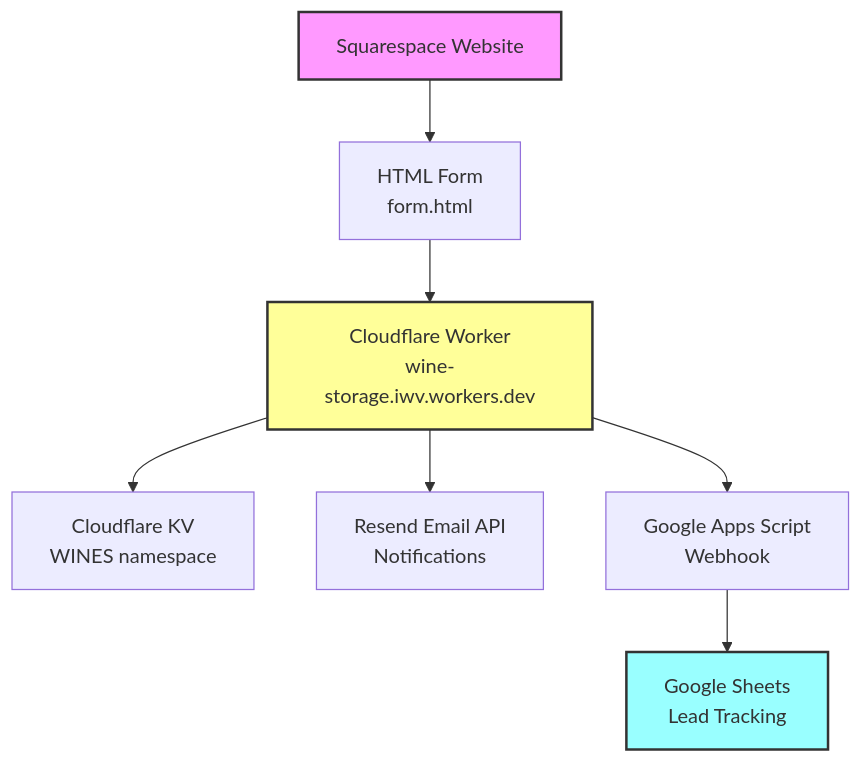
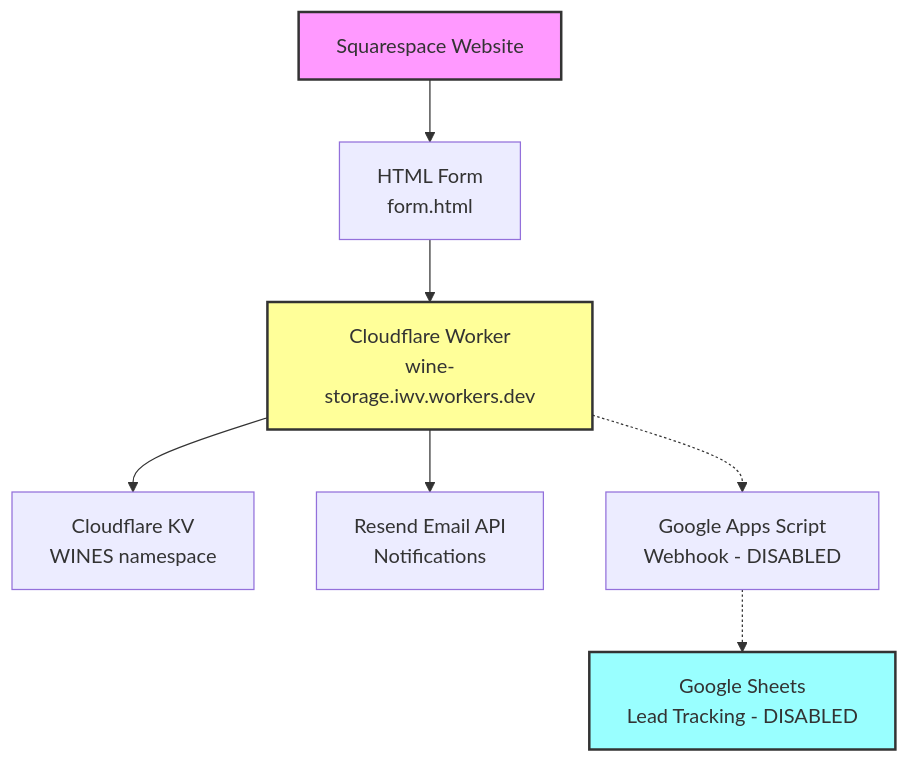
Before and after one commit to insdaguirre/Wine_Storage: the first of 2 diagrams in README.md, drawn with Mermaid. The commit also changed other lines of this file, not shown here.

````diff
--- a/README.md
+++ b/README.md
@@ -7,13 +17,13 @@
 ```mermaid
 graph TD
     A[Squarespace Website] --> B[HTML Form<br/>form.html]
     B --> C[Cloudflare Worker<br/>wine-storage.iwv.workers.dev]
     C --> D[Cloudflare KV<br/>WINES namespace]
     C --> E[Resend Email API<br/>Notifications]
-    C --> F[Google Apps Script<br/>Webhook]
-    F --> G[Google Sheets<br/>Lead Tracking]
+    C -.-> F[Google Apps Script<br/>Webhook - DISABLED]
+    F -.-> G[Google Sheets<br/>Lead Tracking - DISABLED]
     
     style A fill:#f9f,stroke:#333,stroke-width:2px
     style C fill:#ff9,stroke:#333,stroke-width:2px
     style G fill:#9ff,stroke:#333,stroke-width:2px
 ```
````
